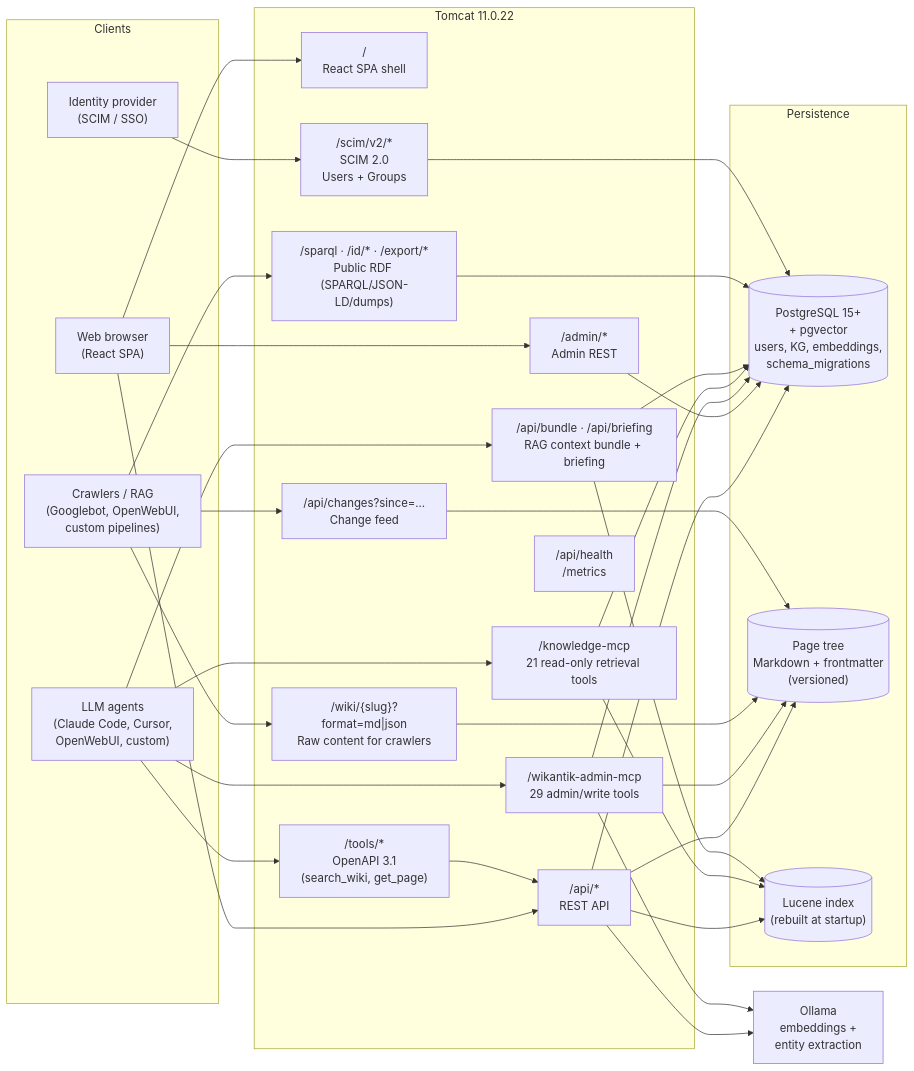
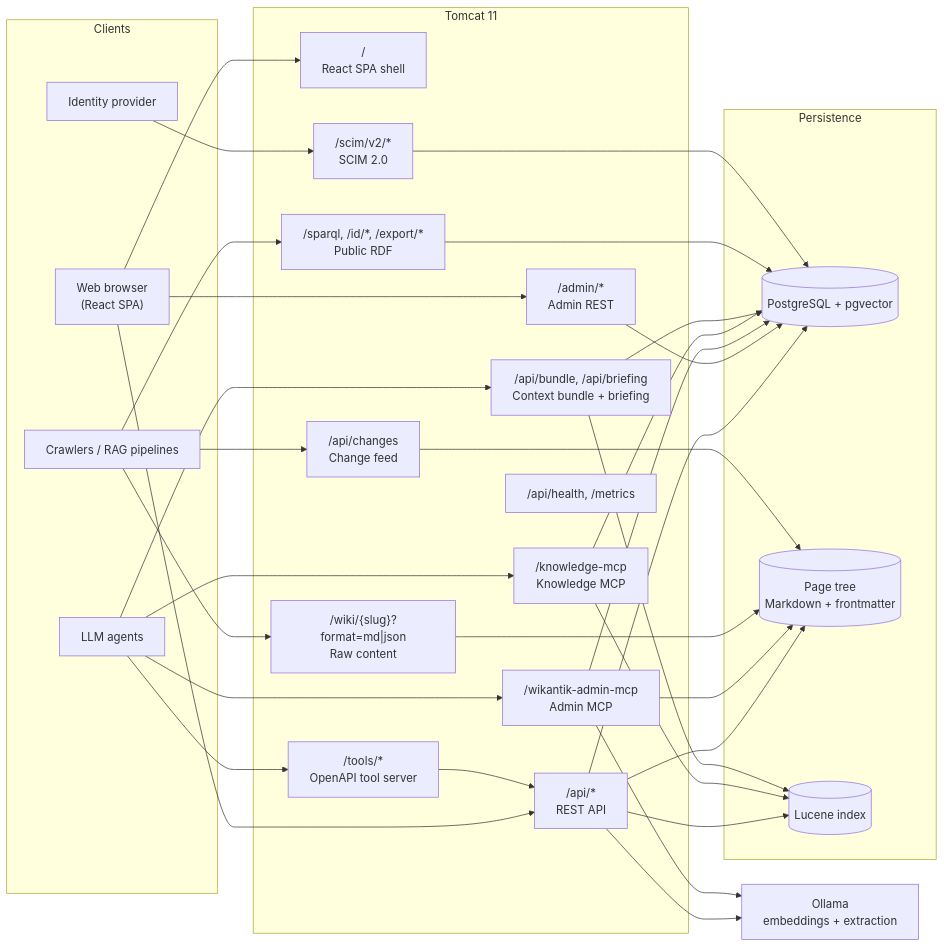
One commit to jakefearsd/wikantik changed the diagram in README.md. Above: the diagram before and after it, drawn with Mermaid. The commit also changed other lines of this file and 4 other files, not shown here.

````diff
--- a/README.md
+++ b/README.md
@@ -104,63 +56,63 @@
 ```mermaid
 flowchart LR
     subgraph clients [Clients]
         Browser["Web browser<br/>(React SPA)"]
-        Agent["LLM agents<br/>(Claude Code, Cursor,<br/>OpenWebUI, custom)"]
-        Crawler["Crawlers / RAG<br/>(Googlebot, OpenWebUI,<br/>custom pipelines)"]
-        IdP["Identity provider<br/>(SCIM / SSO)"]
+        Agent["LLM agents"]
+        Crawler["Crawlers / RAG pipelines"]
+        IdP["Identity provider"]
     end
 
-    subgraph tomcat [Tomcat 11.0.22]
+    subgraph tomcat [Tomcat 11]
         SPA["/<br/>React SPA shell"]
         REST["/api/*<br/>REST API"]
         Admin["/admin/*<br/>Admin REST"]
-        Raw["/wiki/{slug}?format=md|json<br/>Raw content for crawlers"]
-        Changes["/api/changes?since=…<br/>Change feed"]
-        Bundle["/api/bundle · /api/briefing<br/>RAG context bundle + briefing"]
-        AdminMCP["/wikantik-admin-mcp<br/>29 admin/write tools"]
-        KnowMCP["/knowledge-mcp<br/>21 read-only retrieval tools"]
-        Tools["/tools/*<br/>OpenAPI 3.1<br/>(search_wiki, get_page)"]
-        RDF["/sparql · /id/* · /export/*<br/>Public RDF (SPARQL/JSON-LD/dumps)"]
-        Scim["/scim/v2/*<br/>SCIM 2.0<br/>Users + Groups"]
-        Health["/api/health<br/>/metrics"]
+        Raw["/wiki/{slug}?format=md|json<br/>Raw content"]
+        Changes["/api/changes<br/>Change feed"]
+        Bundle["/api/bundle, /api/briefing<br/>Context bundle + briefing"]
+        AdminMCP["/wikantik-admin-mcp<br/>Admin MCP"]
+        KnowMCP["/knowledge-mcp<br/>Knowledge MCP"]
+        Tools["/tools/*<br/>OpenAPI tool server"]
+        RDF["/sparql, /id/*, /export/*<br/>Public RDF"]
+        Scim["/scim/v2/*<br/>SCIM 2.0"]
+        Health["/api/health, /metrics"]
     end
 
     subgraph data [Persistence]
-        PG[("PostgreSQL 15+<br/>+ pgvector<br/>users, KG, embeddings,<br/>schema_migrations")]
-        Pages[("Page tree<br/>Markdown + frontmatter<br/>(versioned)")]
-        Lucene[("Lucene index<br/>(rebuilt at startup)")]
+        PG[("PostgreSQL + pgvector")]
+        Pages[("Page tree<br/>Markdown + frontmatter")]
+        Lucene[("Lucene index")]
     end
 
-    Ollama["Ollama<br/>embeddings +<br/>entity extraction"]
+    Ollama["Ollama<br/>embeddings + extraction"]
 
     Browser --> SPA
     Browser --> REST
     Browser --> Admin
     Crawler --> Raw
     Crawler --> Changes
     Crawler --> RDF
     Agent --> AdminMCP
     Agent --> KnowMCP
     Agent --> Tools
     Agent --> Bundle
     IdP --> Scim
 
     REST --> PG
     REST --> Pages
     REST --> Lucene
     Admin --> PG
     AdminMCP --> PG
     AdminMCP --> Pages
     KnowMCP --> PG
     KnowMCP --> Lucene
     Bundle --> PG
     Bundle --> Lucene
     RDF --> PG
     Raw --> Pages
     Changes --> Pages
     Tools --> REST
     Scim --> PG
 
     REST --> Ollama
     AdminMCP --> Ollama
 ```
````
